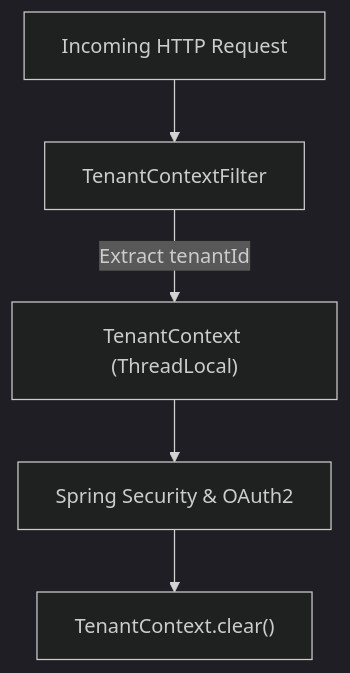
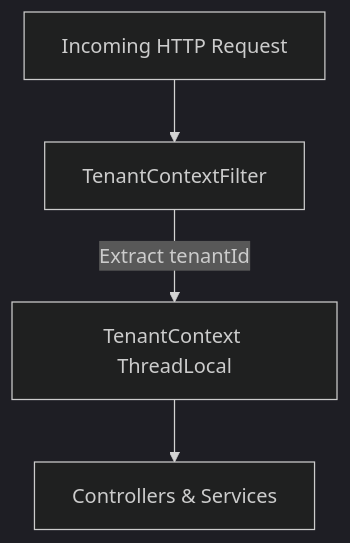
Before and after one commit to flamingo-stack/openframe-oss-lib: the second of 7 diagrams in docs/reference/architecture/authorization-service-core/authorization-service-core.md, drawn with Mermaid (dark theme). The commit also changed other lines of this file and 172 other files, not shown here.

````diff
--- a/docs/reference/architecture/authorization-service-core/authorization-service-core.md
+++ b/docs/reference/architecture/authorization-service-core/authorization-service-core.md
@@ -57,7 +66,6 @@
 ```mermaid
 flowchart TD
     Request["Incoming HTTP Request"] --> Filter["TenantContextFilter"]
-    Filter -->|"Extract tenantId"| Context["TenantContext (ThreadLocal)"]
-    Context --> Security["Spring Security & OAuth2"]
-    Security --> Clear["TenantContext.clear()"]
+    Filter -->|"Extract tenantId"| Context["TenantContext ThreadLocal"]
+    Context --> Controllers["Controllers & Services"]
 ```
````
